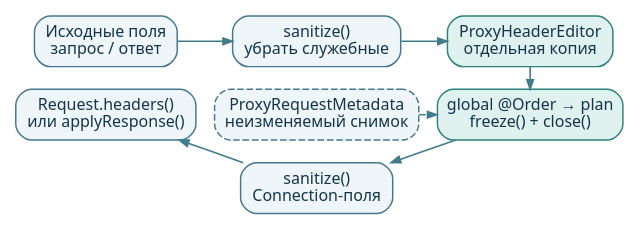
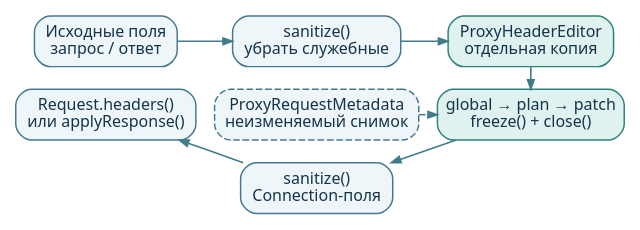
Before and after one commit to AlFlanker/NettyPet: the diagram in jetty-client-example/docs/diagrams/headers.dot, drawn with Graphviz. The commit also changed 19 other files, not shown here.

```diff
--- a/jetty-client-example/docs/diagrams/headers.dot
+++ b/jetty-client-example/docs/diagrams/headers.dot
@@ -1,27 +1,27 @@
 digraph Headers {
   graph [rankdir=LR, bgcolor="white", fontname="Noto Sans", fontsize=12, pad=0.06,
          nodesep=0.24, ranksep=0.20, splines=polyline];
   node [shape=box, style="rounded,filled", fontname="Noto Sans", fontsize=12,
         fontcolor="#15344B", fillcolor="#EFF6FA", color="#45788F", penwidth=1.1, margin="0.11,0.09"];
   edge [color="#417C89", penwidth=1.2, arrowsize=0.7, fontname="Noto Sans", fontsize=12];
 
   source [label="Исходные поля\nзапрос / ответ"];
   initial [label="sanitize()\nубрать служебные"];
   editor [label="ProxyHeaderEditor\nотдельная копия", fillcolor="#E0F2EF", color="#2D827B"];
   metadata [label="ProxyRequestMetadata\nнеизменяемый снимок", style="rounded,dashed,filled"];
-  hooks [label="global @Order → plan\nfreeze() + close()", fillcolor="#E0F2EF", color="#2D827B"];
+  hooks [label="global → plan → patch\nfreeze() + close()", fillcolor="#E0F2EF", color="#2D827B"];
   final [label="sanitize()\nConnection-поля"];
   apply [label="Request.headers()\nили applyResponse()"];
 
   { rank=same; source; apply; }
   { rank=same; initial; metadata; final; }
   { rank=same; editor; hooks; }
   source -> apply [style=invis, weight=30];
   initial -> metadata -> final [style=invis, weight=30];
   source -> initial;
   initial -> editor;
   editor -> hooks;
   metadata -> hooks [style=dashed, constraint=false];
   hooks -> final [constraint=false];
   final -> apply [constraint=false];
 }
```
